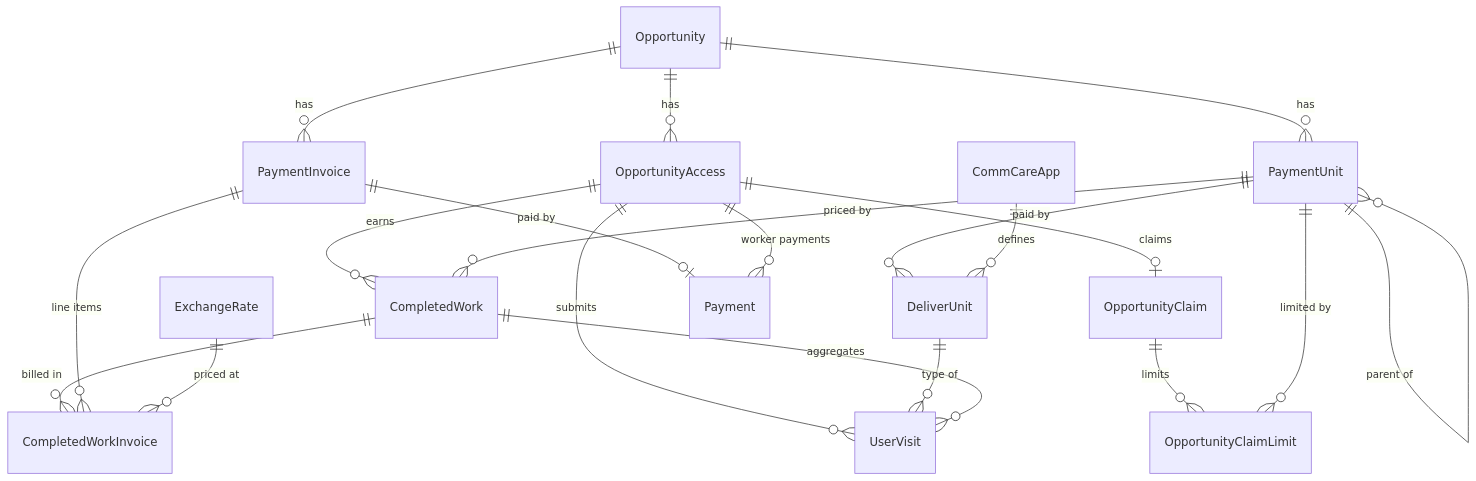
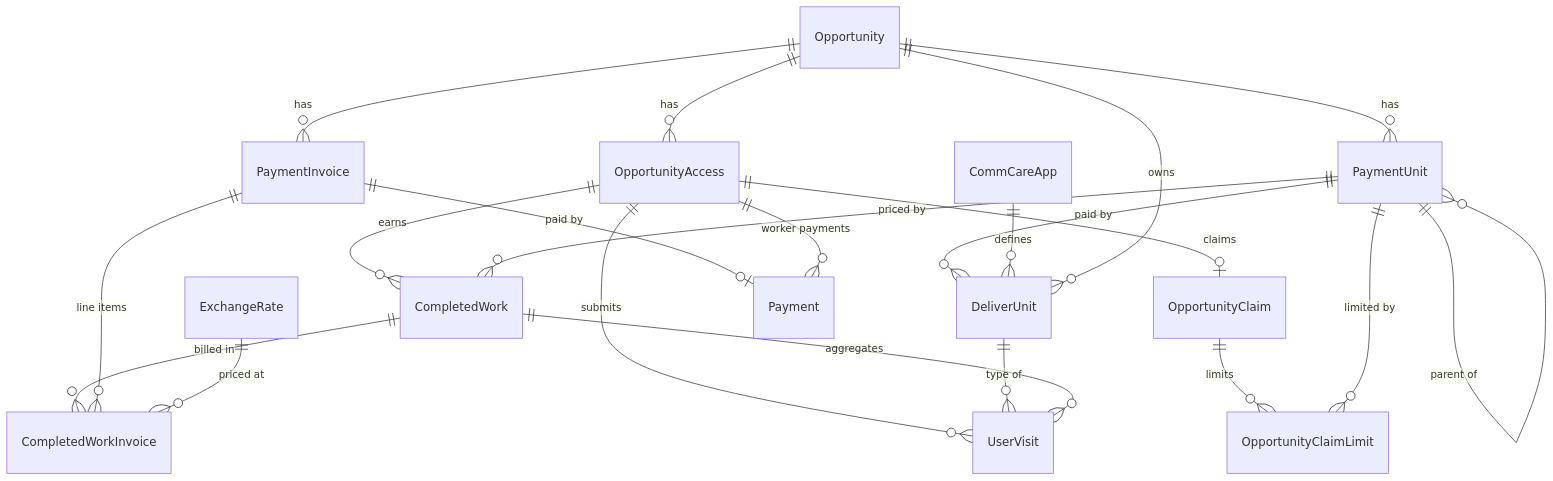
One commit to dimagi/commcare-connect changed the second of 8 diagrams in commcare_connect/opportunity/PAYMENTS.md. Above: the diagram before and after it, drawn with Mermaid. The commit also changed other lines of this file and 2 other files, not shown here.

First line of the commit message:
docs(opportunity): describe deliver units belonging to an opportunity

````diff
--- a/commcare_connect/opportunity/PAYMENTS.md
+++ b/commcare_connect/opportunity/PAYMENTS.md
@@ -29,22 +29,23 @@
 ```mermaid
 erDiagram
     Opportunity ||--o{ PaymentUnit : "has"
     PaymentUnit ||--o{ PaymentUnit : "parent of"
     PaymentUnit ||--o{ DeliverUnit : "paid by"
     CommCareApp ||--o{ DeliverUnit : "defines"
+    Opportunity ||--o{ DeliverUnit : "owns"
     Opportunity ||--o{ OpportunityAccess : "has"
     OpportunityAccess ||--o| OpportunityClaim : "claims"
     OpportunityClaim ||--o{ OpportunityClaimLimit : "limits"
     PaymentUnit ||--o{ OpportunityClaimLimit : "limited by"
     OpportunityAccess ||--o{ UserVisit : "submits"
     DeliverUnit ||--o{ UserVisit : "type of"
     OpportunityAccess ||--o{ CompletedWork : "earns"
     PaymentUnit ||--o{ CompletedWork : "priced by"
     CompletedWork ||--o{ UserVisit : "aggregates"
     CompletedWork ||--o{ CompletedWorkInvoice : "billed in"
     PaymentInvoice ||--o{ CompletedWorkInvoice : "line items"
     ExchangeRate ||--o{ CompletedWorkInvoice : "priced at"
     Opportunity ||--o{ PaymentInvoice : "has"
     PaymentInvoice ||--o| Payment : "paid by"
     OpportunityAccess ||--o{ Payment : "worker payments"
 ```
````
